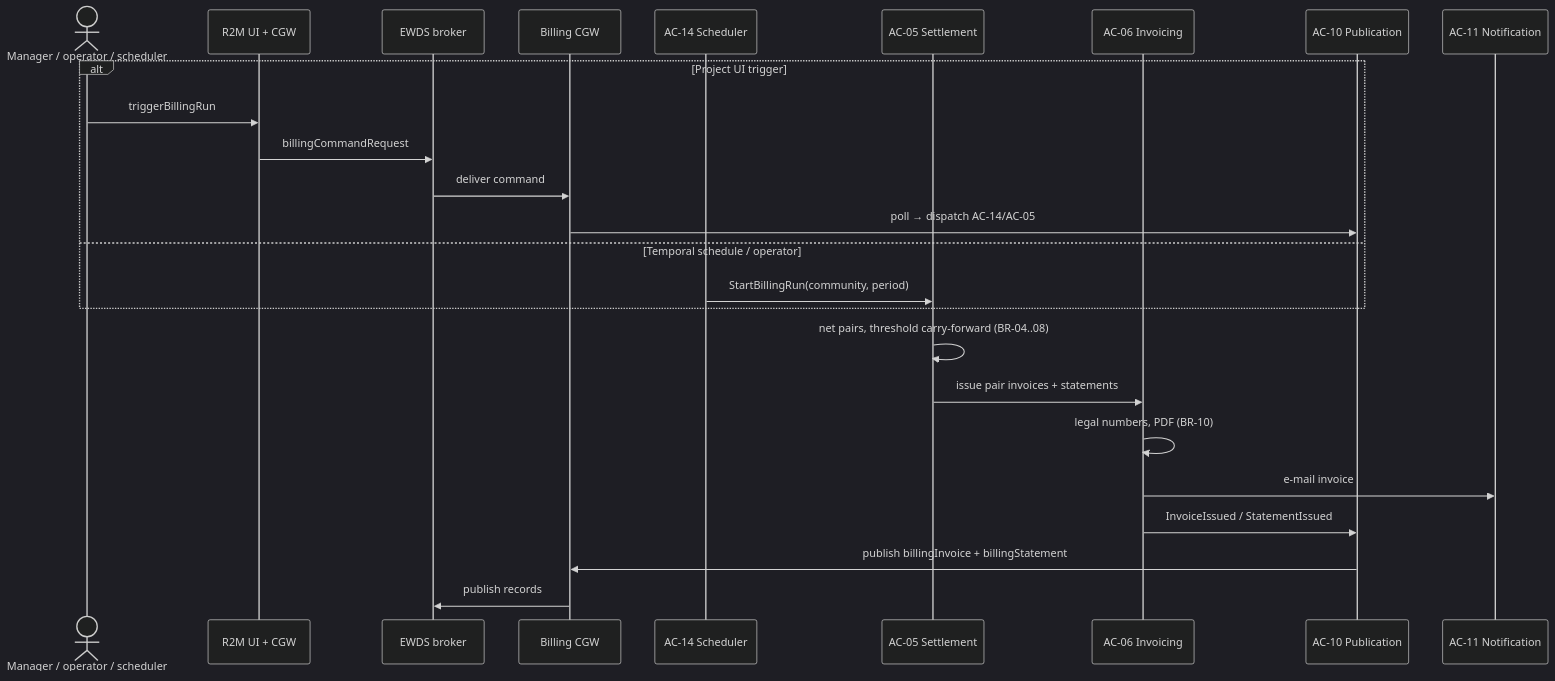
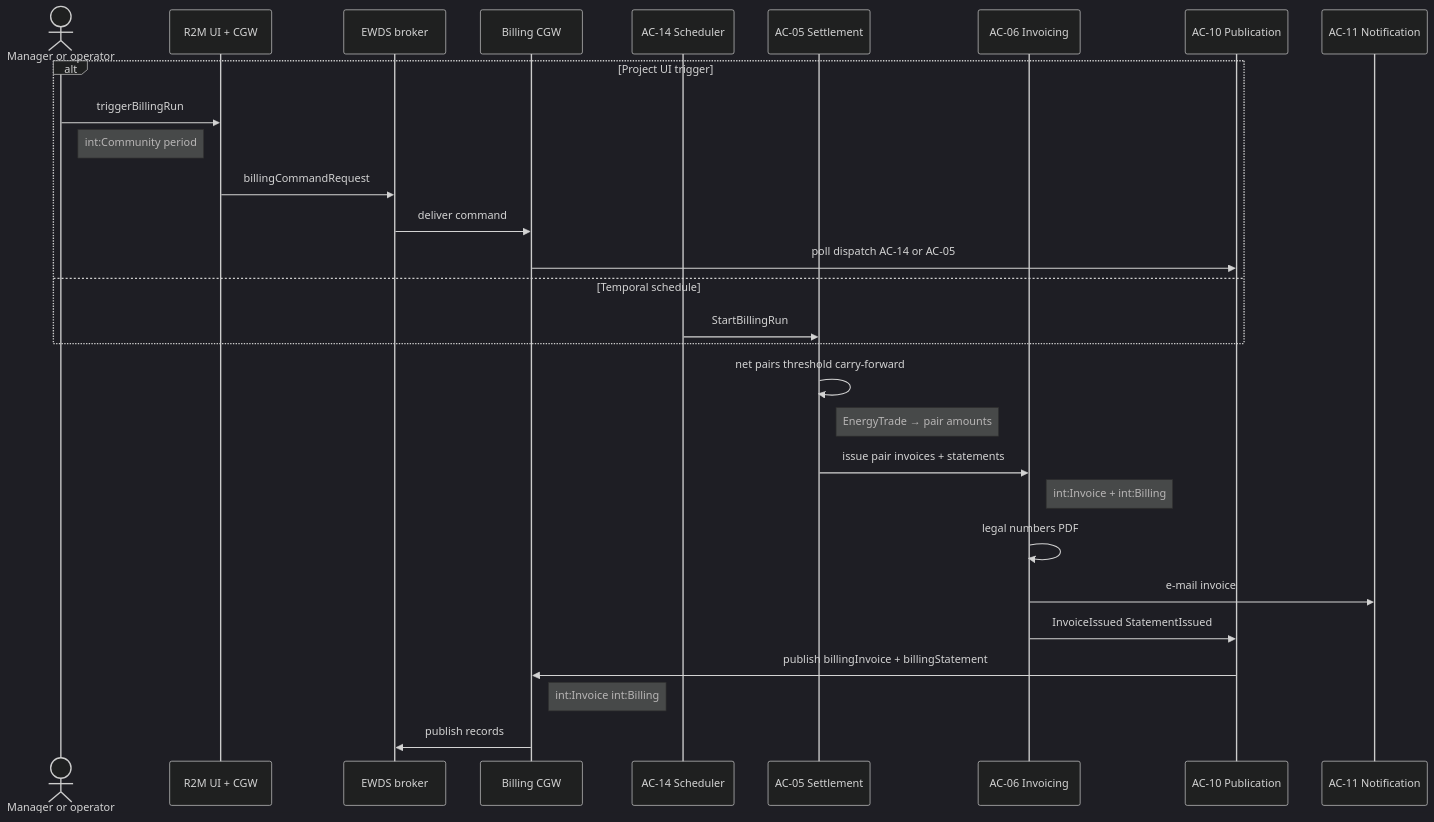
The seventh of 14 diagrams in docs/architecture/07-scenario-flows.md (blooo-io/intelligent-eu-bps-source), drawn with Mermaid (dark theme) before and after one commit. The commit also changed other lines of this file, not shown here.

First line of the commit message:
docs(INT-451): ontology objects on scenario flow steps; fix S12 Mermaid (#225)

````diff
--- a/docs/architecture/07-scenario-flows.md
+++ b/docs/architecture/07-scenario-flows.md
@@ -187,27 +251,31 @@
 ```mermaid
 sequenceDiagram
-  actor Op as Manager / operator / scheduler
+  actor Op as Manager or operator
   participant R2M as R2M UI + CGW
   participant EWDS as EWDS broker
   participant CGW as Billing CGW
   participant AC14 as AC-14 Scheduler
   participant AC05 as AC-05 Settlement
   participant AC06 as AC-06 Invoicing
   participant AC10 as AC-10 Publication
   participant AC11 as AC-11 Notification
   alt Project UI trigger
     Op->>R2M: triggerBillingRun
+    Note right of Op: int:Community period
     R2M->>EWDS: billingCommandRequest
     EWDS->>CGW: deliver command
-    CGW->>AC10: poll → dispatch AC-14/AC-05
-  else Temporal schedule / operator
-    AC14->>AC05: StartBillingRun(community, period)
+    CGW->>AC10: poll dispatch AC-14 or AC-05
+  else Temporal schedule
+    AC14->>AC05: StartBillingRun
   end
-  AC05->>AC05: net pairs, threshold carry-forward (BR-04..08)
+  AC05->>AC05: net pairs threshold carry-forward
+  Note right of AC05: EnergyTrade → pair amounts
   AC05->>AC06: issue pair invoices + statements
-  AC06->>AC06: legal numbers, PDF (BR-10)
+  Note right of AC06: int:Invoice + int:Billing
+  AC06->>AC06: legal numbers PDF
   AC06->>AC11: e-mail invoice
-  AC06->>AC10: InvoiceIssued / StatementIssued
+  AC06->>AC10: InvoiceIssued StatementIssued
   AC10->>CGW: publish billingInvoice + billingStatement
+  Note right of CGW: int:Invoice int:Billing
   CGW->>EWDS: publish records
 ```
````
